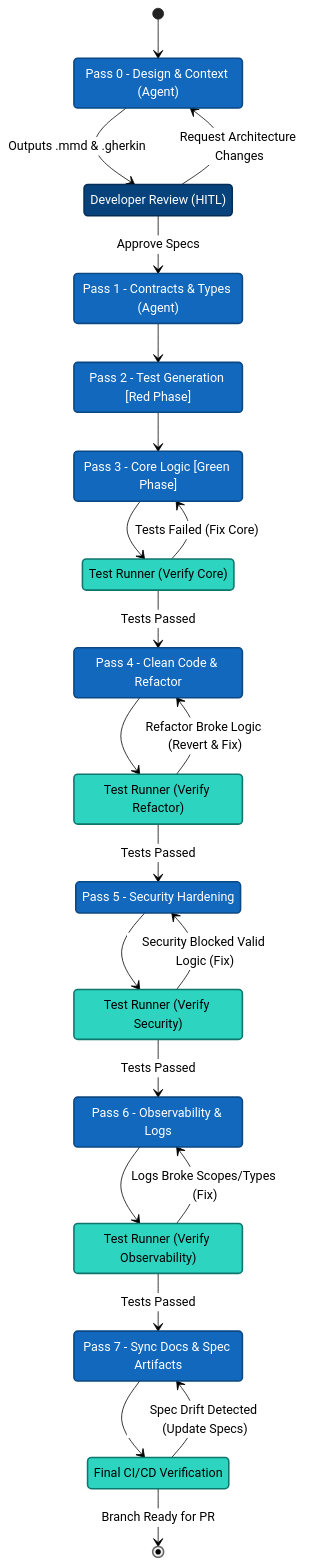
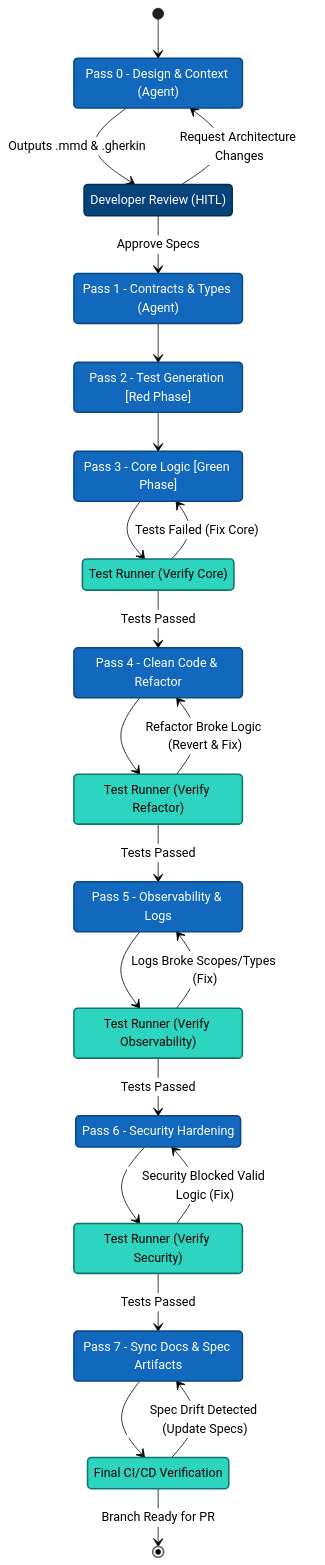
The diagram in README.md (Nistapp/agentic-tdd), drawn with Mermaid (neutral theme) before and after one commit. The commit also changed other lines of this file and 6 other files, not shown here.

First line of the commit message:
docs: update pipeline docs for Observability→Security pass order

````diff
--- a/README.md
+++ b/README.md
@@ -43,77 +43,77 @@
 ```mermaid
 stateDiagram-v2
     classDef human fill:#08427b,color:#fff,stroke:#052e56,stroke-width:2px
     classDef agent fill:#1168bd,color:#fff,stroke:#0b4884,stroke-width:2px
     classDef testGate fill:#2dd4bf,color:#000,stroke:#0f766e,stroke-width:2px
 
     [*] --> Pass_0
 
     Pass_0 : Pass 0 - Design & Context (Agent)
     class Pass_0 agent
 
     HITL : Developer Review (HITL)
     class HITL human
 
     Pass_0 --> HITL : Outputs .mmd & .gherkin
     HITL --> Pass_0 : Request Architecture Changes
     HITL --> Pass_1 : Approve Specs
 
     Pass_1 : Pass 1 - Contracts & Types (Agent)
     class Pass_1 agent
 
     Pass_2 : Pass 2 - Test Generation [Red Phase]
     class Pass_2 agent
 
     Pass_1 --> Pass_2
     Pass_2 --> Pass_3
 
     Pass_3 : Pass 3 - Core Logic [Green Phase]
     class Pass_3 agent
 
     Gate_3 : Test Runner (Verify Core)
     class Gate_3 testGate
 
     Pass_3 --> Gate_3
     Gate_3 --> Pass_3 : Tests Failed (Fix Core)
     Gate_3 --> Pass_4 : Tests Passed
 
     Pass_4 : Pass 4 - Clean Code & Refactor
     class Pass_4 agent
 
     Gate_4 : Test Runner (Verify Refactor)
     class Gate_4 testGate
 
     Pass_4 --> Gate_4
     Gate_4 --> Pass_4 : Refactor Broke Logic (Revert & Fix)
     Gate_4 --> Pass_5 : Tests Passed
 
-    Pass_5 : Pass 5 - Security Hardening
+    Pass_5 : Pass 5 - Observability & Logs
     class Pass_5 agent
 
-    Gate_5 : Test Runner (Verify Security)
+    Gate_5 : Test Runner (Verify Observability)
     class Gate_5 testGate
 
     Pass_5 --> Gate_5
-    Gate_5 --> Pass_5 : Security Blocked Valid Logic (Fix)
+    Gate_5 --> Pass_5 : Logs Broke Scopes/Types (Fix)
     Gate_5 --> Pass_6 : Tests Passed
 
-    Pass_6 : Pass 6 - Observability & Logs
+    Pass_6 : Pass 6 - Security Hardening
     class Pass_6 agent
 
-    Gate_6 : Test Runner (Verify Observability)
+    Gate_6 : Test Runner (Verify Security)
     class Gate_6 testGate
 
     Pass_6 --> Gate_6
-    Gate_6 --> Pass_6 : Logs Broke Scopes/Types (Fix)
+    Gate_6 --> Pass_6 : Security Blocked Valid Logic (Fix)
     Gate_6 --> Pass_7 : Tests Passed
 
     Pass_7 : Pass 7 - Sync Docs & Spec Artifacts
     class Pass_7 agent
 
     Gate_7 : Final CI/CD Verification
     class Gate_7 testGate
 
     Pass_7 --> Gate_7
     Gate_7 --> Pass_7 : Spec Drift Detected (Update Specs)
     Gate_7 --> [*] : Branch Ready for PR
 ```
````
